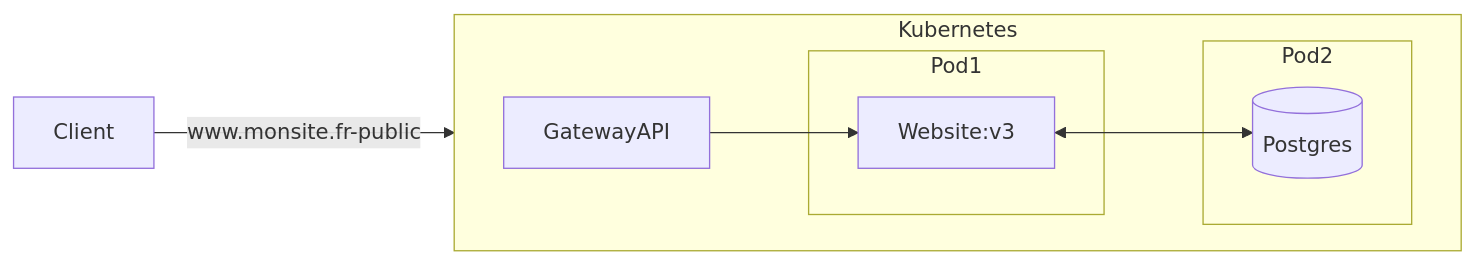
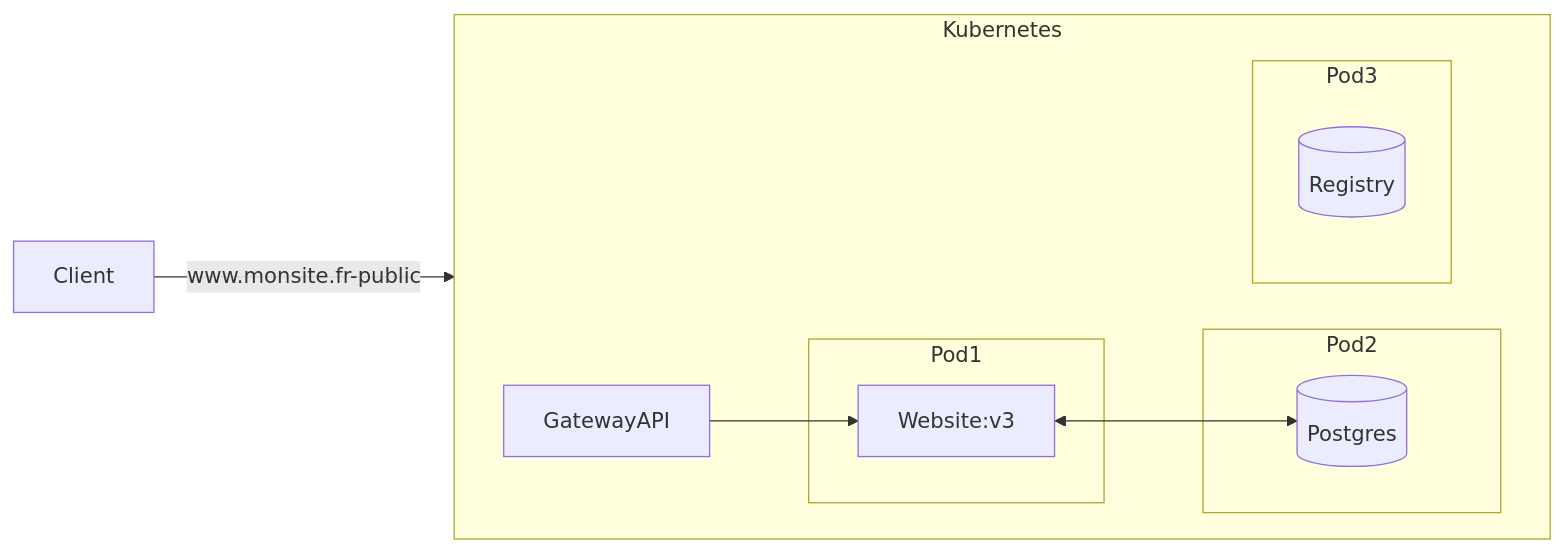
One commit to baptmnt/VIR changed the diagram in TD6-Kube-Registry/README.md. Above: the diagram before and after it, drawn with Mermaid. The commit also changed 2 other files, not shown here.

Commit message:
Ajout des schema d architecture

````diff
--- a/TD6-Kube-Registry/README.md
+++ b/TD6-Kube-Registry/README.md
@@ -248,16 +248,19 @@
 ```mermaid
 flowchart LR
   subgraph Kubernetes
     direction LR
     GatewayAPI
     subgraph Pod1
       Website:v3
     end
     subgraph Pod2
-      DB@{ shape: cyl, label: "Postgres" }
+      Postgres@{shape: cyl}
+    end
+    subgraph Pod3
+      Registry@{shape: cyl}
     end
     GatewayAPI --> Website:v3
-    Website:v3 <--> DB
+    Website:v3 <--> Postgres
   end
   Client -->|www.monsite.fr-public| GatewayAPI
 ```
````
